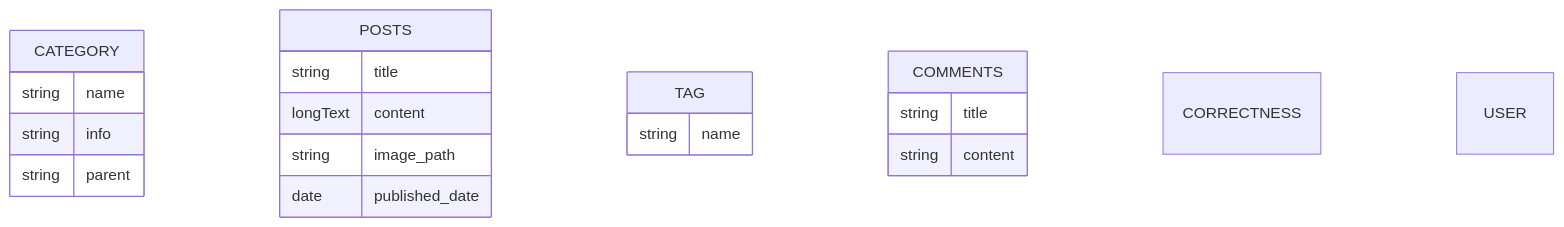
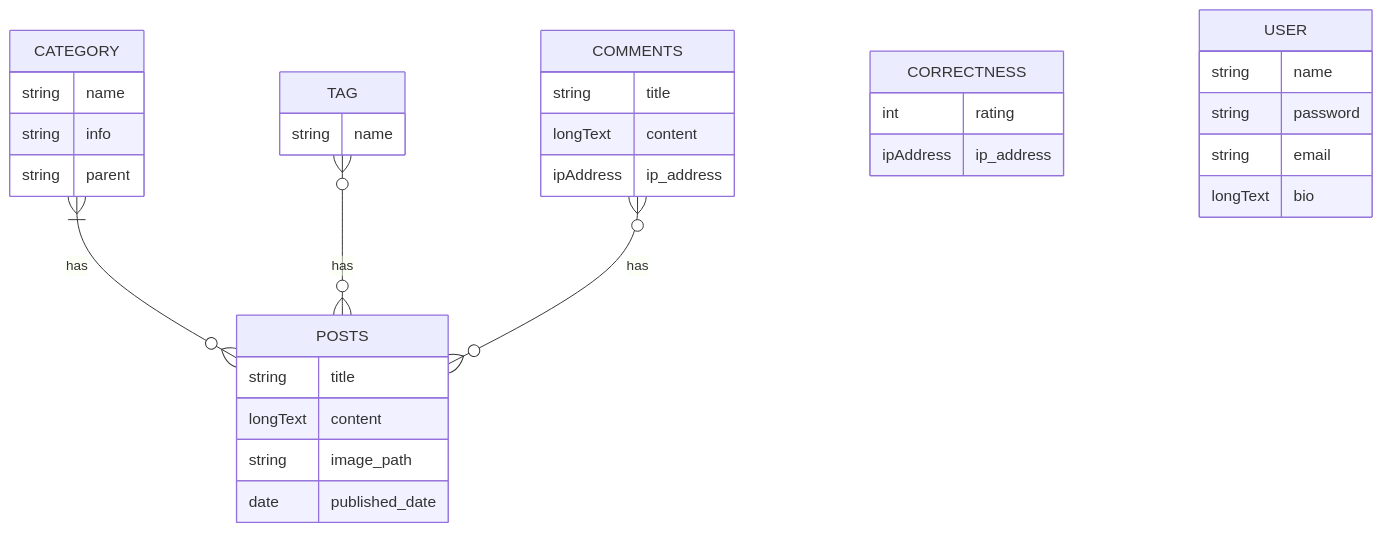
Before and after one commit to sd4483/Obsidian: the diagram in Web Applications/Strings App.md, drawn with Mermaid.

Commit message:
vault backup: 2023-03-05 10:17:56

````diff
--- a/Web Applications/Strings App.md
+++ b/Web Applications/Strings App.md
@@ -46,23 +46,35 @@
 ```mermaid
 erDiagram
 	CATEGORY {
 		string name
 		string info
 		string parent
 	}
 	POSTS {
 		string title
 		longText content
 		string image_path
 		date published_date
 	}
 	TAG {
 		string name
 	}
 	COMMENTS {
 		string title
-		string content
+		longText content
+		ipAddress ip_address
 	}
-	CORRECTNESS
-	USER
+	CORRECTNESS {
+		int rating
+		ipAddress ip_address
+	}
+	USER {
+		string name
+		string password
+		string email
+		longText bio
+	}
+	CATEGORY }|--o{ POSTS : has
+	TAG }o--o{ POSTS : has
+	COMMENTS }o--o{ POSTS : has
 ```
````
